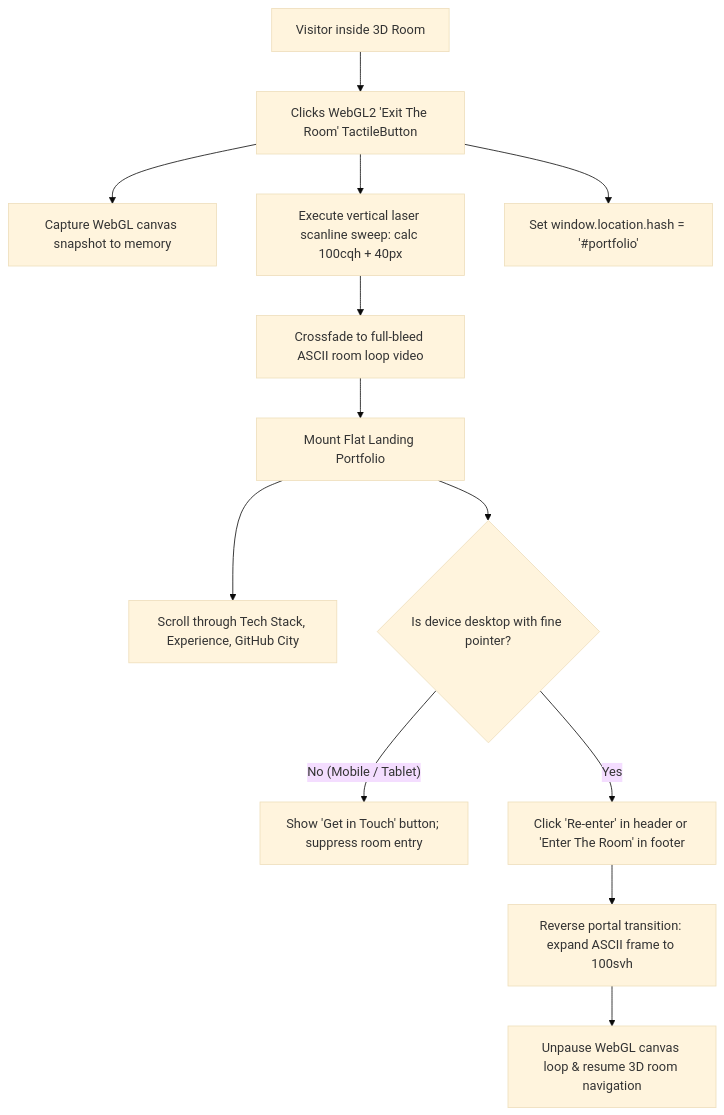
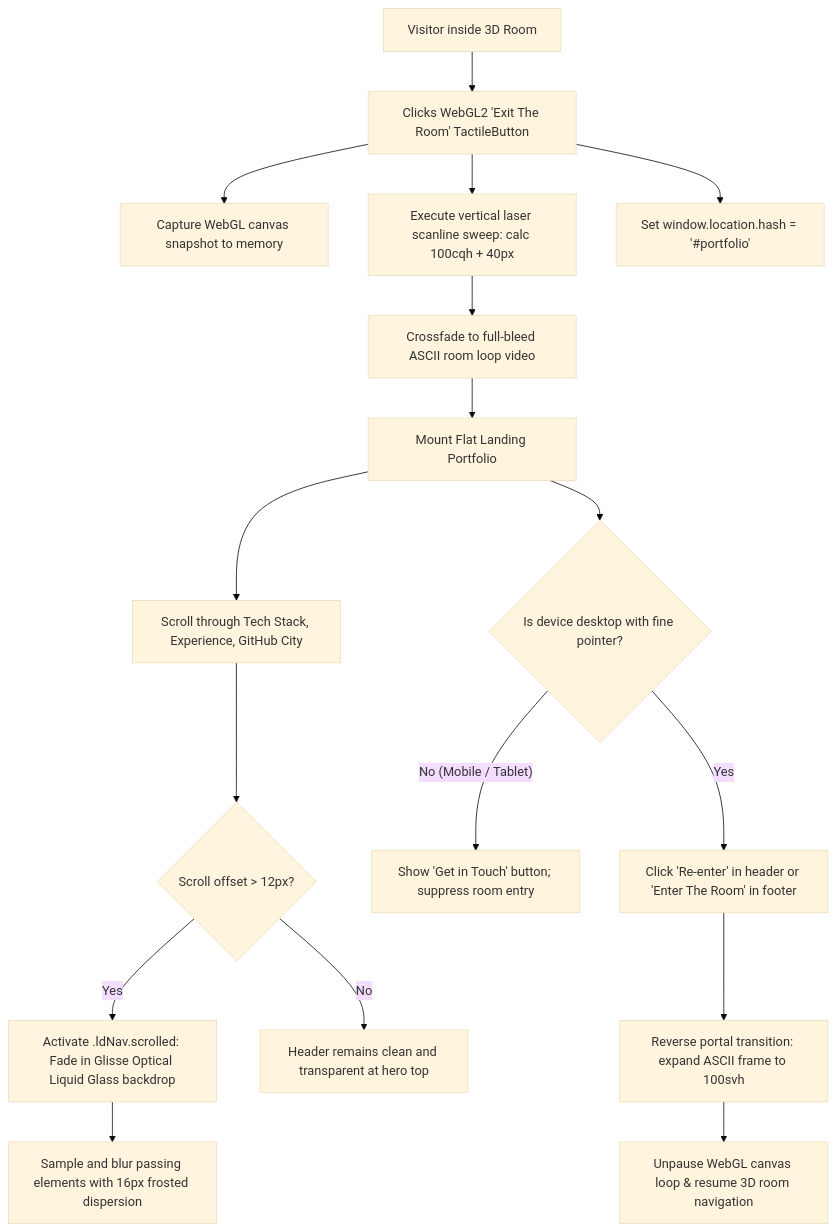
Before and after one commit to AmirRghp/protfolio: the sixth of 6 diagrams in docs/UX_FLOWS.md, drawn with Mermaid (base theme). The commit also changed 8 other files, not shown here.

First line of the commit message:
docs: align architectural specs and blueprint suite with v0.8.0 liquid glass and tab fixes

````diff
--- a/docs/UX_FLOWS.md
+++ b/docs/UX_FLOWS.md
@@ -129,18 +129,23 @@
 ```mermaid
 flowchart TD
     InRoom[Visitor inside 3D Room] --> ClickExit[Clicks WebGL2 'Exit The Room' TactileButton]
     ClickExit --> Snapshot[Capture WebGL canvas snapshot to memory]
     ClickExit --> StartPortal[Execute vertical laser scanline sweep: calc 100cqh + 40px]
     ClickExit --> UpdateHash[Set window.location.hash = '#portfolio']
     
     StartPortal --> RevealFlat[Crossfade to full-bleed ASCII room loop video]
     RevealFlat --> FlatLandingActive[Mount Flat Landing Portfolio]
     
     FlatLandingActive --> ScrollExplore[Scroll through Tech Stack, Experience, GitHub City]
     
+    ScrollExplore --> ScrollThreshold{Scroll offset > 12px?}
+    ScrollThreshold -- Yes --> ScrolledNav[Activate .ldNav.scrolled: Fade in Glisse Optical Liquid Glass backdrop]
+    ScrolledNav --> OpticRefraction[Sample and blur passing elements with 16px frosted dispersion]
+    ScrollThreshold -- No --> TransparentNav[Header remains clean and transparent at hero top]
+    
     FlatLandingActive --> CheckReenterDevice{Is device desktop with fine pointer?}
     CheckReenterDevice -- No (Mobile / Tablet) --> MobileNav[Show 'Get in Touch' button; suppress room entry]
     CheckReenterDevice -- Yes --> ClickReenter[Click 'Re-enter' in header or 'Enter The Room' in footer]
     ClickReenter --> ExpandVideo[Reverse portal transition: expand ASCII frame to 100svh]
     ExpandVideo --> RestoreRoom[Unpause WebGL canvas loop & resume 3D room navigation]
 ```
````
